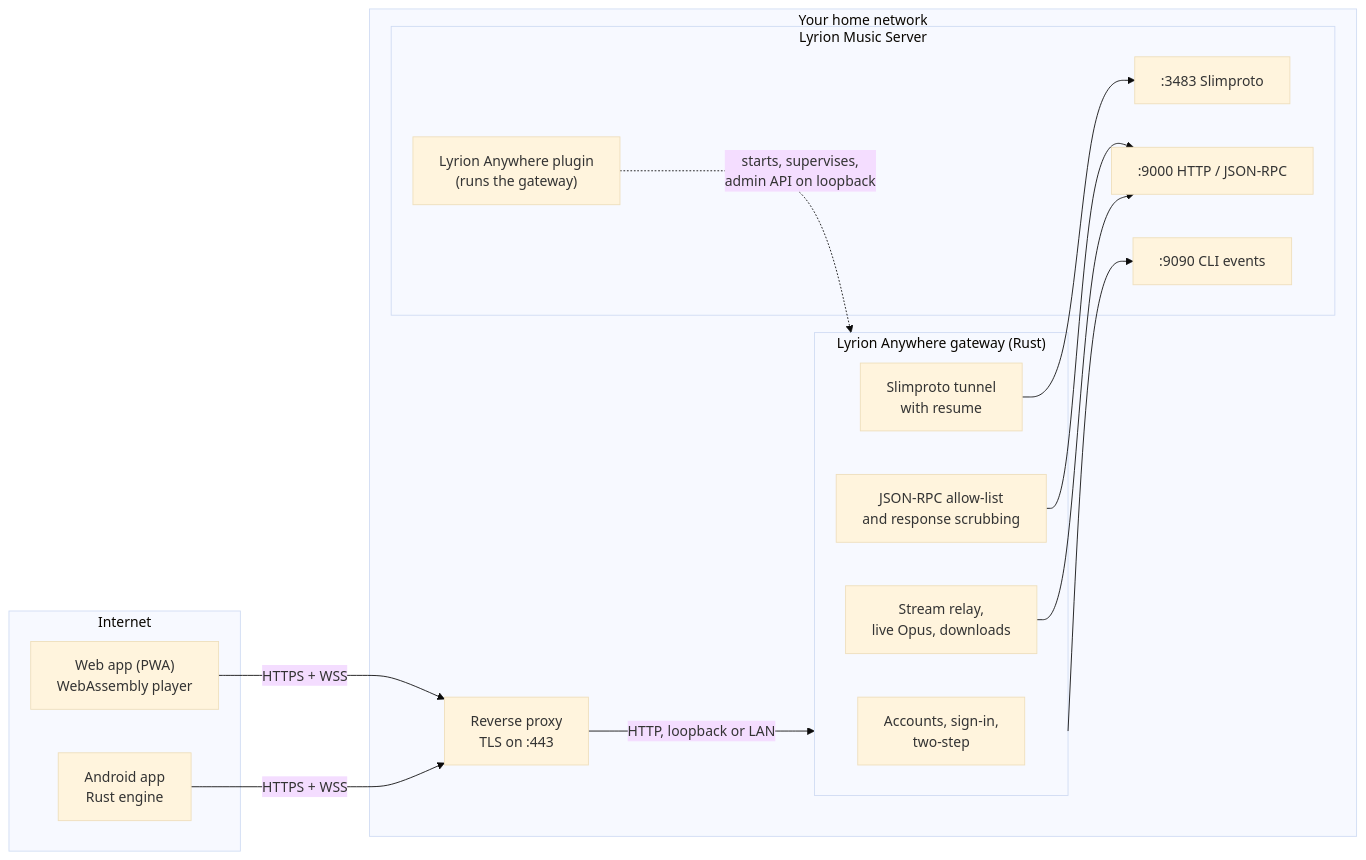
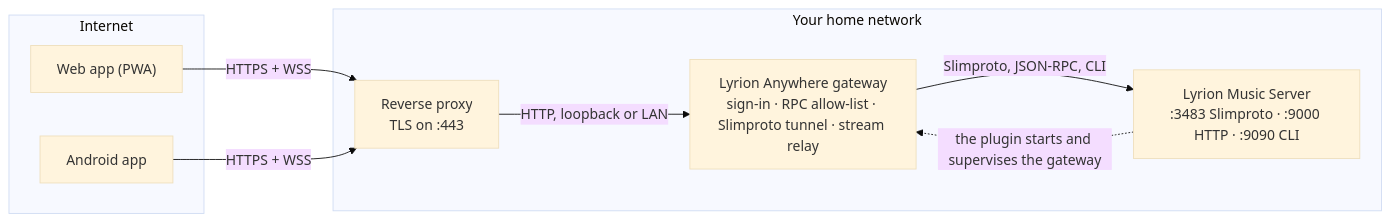
One commit to JameZUK/lyrion-anywhere changed the diagram in README.md. Above: the diagram before and after it, drawn with Mermaid (base theme).

Commit message:
README: a simpler How-it-works diagram that lays out within the page
The nested subgraphs with edges to subgraph ids pushed the LMS box off to the right
under GitHub's zoom controls. Three boxes in a row say the same; the bullets below
keep the detail.

````diff
--- a/README.md
+++ b/README.md
@@ -123,30 +123,17 @@
 ```mermaid
 flowchart LR
   subgraph Internet
-    WEB["Web app (PWA)<br/>WebAssembly player"]
-    AND["Android app<br/>Rust engine"]
+    WEB["Web app (PWA)"]
+    AND["Android app"]
   end
   subgraph Home["Your home network"]
     RP["Reverse proxy<br/>TLS on :443"]
-    subgraph GW["Lyrion Anywhere gateway (Rust)"]
-      AUTH["Accounts, sign-in,<br/>two-step"]
-      RPC["JSON-RPC allow-list<br/>and response scrubbing"]
-      TUN["Slimproto tunnel<br/>with resume"]
-      STR["Stream relay,<br/>live Opus, downloads"]
-    end
-    subgraph LMS["Lyrion Music Server"]
-      PLG["Lyrion Anywhere plugin<br/>(runs the gateway)"]
-      P3483[":3483 Slimproto"]
-      P9000[":9000 HTTP / JSON-RPC"]
-      P9090[":9090 CLI events"]
-    end
+    GW["Lyrion Anywhere gateway<br/>sign-in · RPC allow-list · Slimproto tunnel · stream relay"]
+    LMS["Lyrion Music Server<br/>:3483 Slimproto · :9000 HTTP · :9090 CLI"]
   end
   WEB -- "HTTPS + WSS" --> RP
   AND -- "HTTPS + WSS" --> RP
   RP -- "HTTP, loopback or LAN" --> GW
-  TUN --> P3483
-  RPC --> P9000
-  STR --> P9000
-  GW --> P9090
-  PLG -. "starts, supervises,<br/>admin API on loopback" .-> GW
+  GW -- "Slimproto, JSON-RPC, CLI" --> LMS
+  LMS -. "the plugin starts and supervises the gateway" .-> GW
 ```
````
